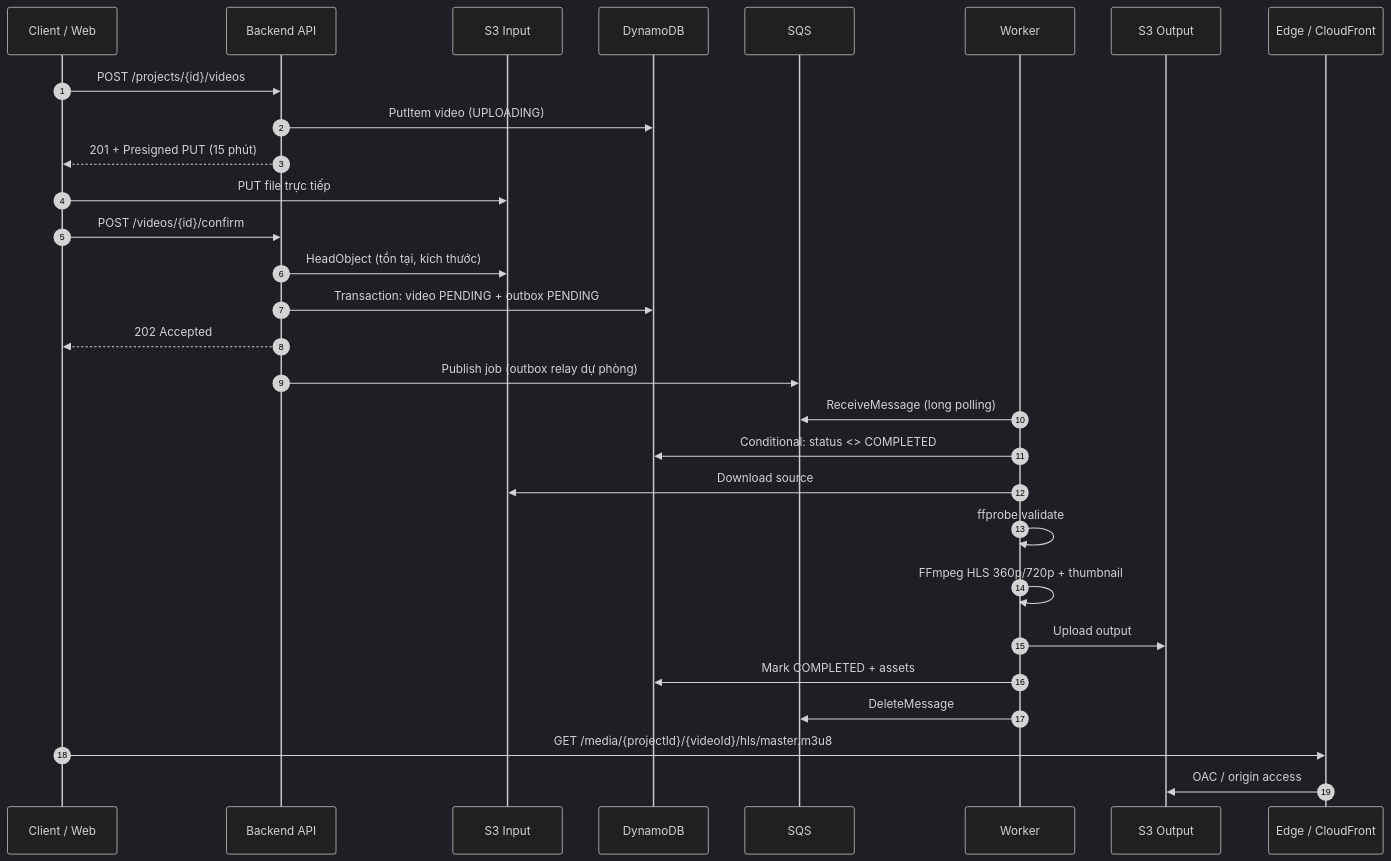
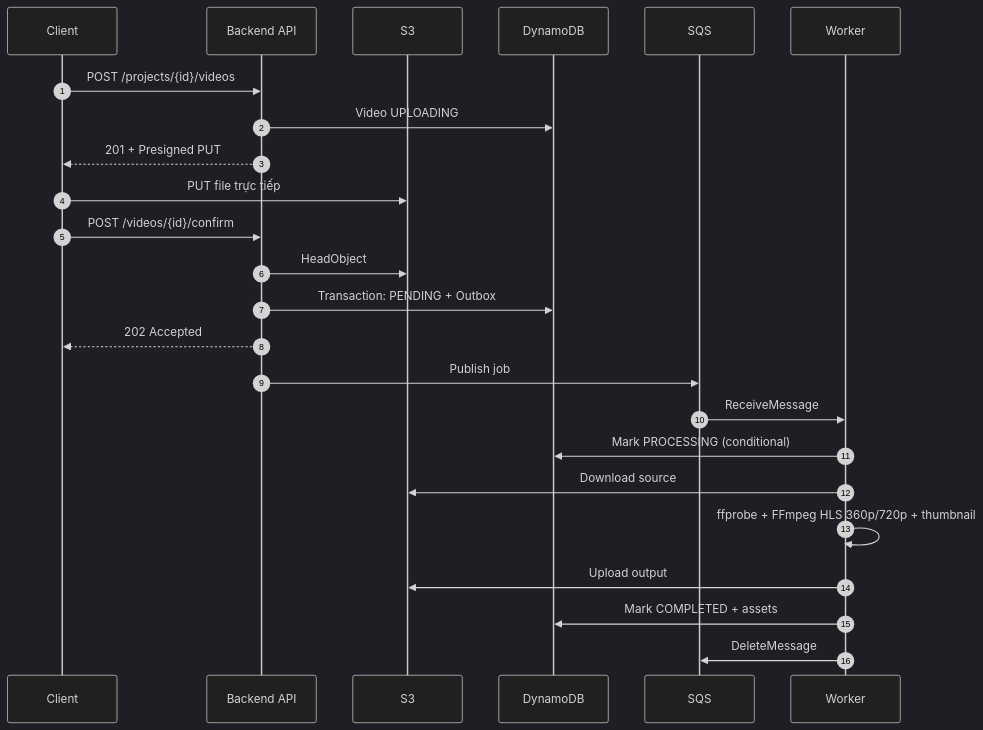
The second of 2 diagrams in README.md (vllddlvh/TransvidCloud), drawn with Mermaid (dark theme) before and after one commit. The commit also changed other lines of this file, not shown here.

````diff
--- a/README.md
+++ b/README.md
@@ -286,32 +133,27 @@
 ```mermaid
 sequenceDiagram
     autonumber
-    participant C as Client / Web
+    participant C as Client
     participant API as Backend API
-    participant S3I as S3 Input
+    participant S3 as S3
     participant DDB as DynamoDB
     participant Q as SQS
     participant W as Worker
-    participant S3O as S3 Output
-    participant CDN as Edge / CloudFront
 
     C->>API: POST /projects/{id}/videos
-    API->>DDB: PutItem video (UPLOADING)
-    API-->>C: 201 + Presigned PUT (15 phút)
-    C->>S3I: PUT file trực tiếp
+    API->>DDB: Video UPLOADING
+    API-->>C: 201 + Presigned PUT
+    C->>S3: PUT file trực tiếp
     C->>API: POST /videos/{id}/confirm
-    API->>S3I: HeadObject (tồn tại, kích thước)
-    API->>DDB: Transaction: video PENDING + outbox PENDING
+    API->>S3: HeadObject
+    API->>DDB: Transaction: PENDING + Outbox
     API-->>C: 202 Accepted
-    API->>Q: Publish job (outbox relay dự phòng)
-    W->>Q: ReceiveMessage (long polling)
-    W->>DDB: Conditional: status <> COMPLETED
-    W->>S3I: Download source
-    W->>W: ffprobe validate
-    W->>W: FFmpeg HLS 360p/720p + thumbnail
-    W->>S3O: Upload output
+    API->>Q: Publish job
+    Q->>W: ReceiveMessage
+    W->>DDB: Mark PROCESSING (conditional)
+    W->>S3: Download source
+    W->>W: ffprobe + FFmpeg HLS 360p/720p + thumbnail
+    W->>S3: Upload output
     W->>DDB: Mark COMPLETED + assets
     W->>Q: DeleteMessage
-    C->>CDN: GET /media/{projectId}/{videoId}/hls/master.m3u8
-    CDN->>S3O: OAC / origin access
 ```
````
